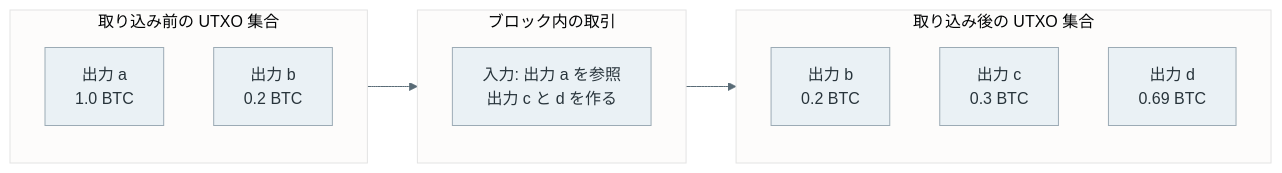
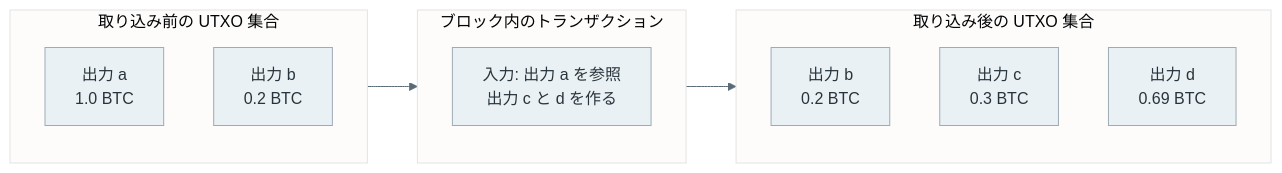
Before and after one commit to nao1215/debimate: the fourth of 4 diagrams in content/notes/blockchain-systems/utxo/index.md, drawn with Mermaid. The commit also changed other lines of this file and 12 other files, not shown here.

````diff
--- a/content/notes/blockchain-systems/utxo/index.md
+++ b/content/notes/blockchain-systems/utxo/index.md
@@ -180,18 +180,18 @@
 ```mermaid
 %%{init: {"theme":"base","themeVariables":{"primaryColor":"#eaf1f5","primaryTextColor":"#28343b","primaryBorderColor":"#9cabb5","lineColor":"#596b76","textColor":"#28343b","actorBkg":"#eaf1f5","actorBorder":"#9cabb5","actorTextColor":"#28343b","actorLineColor":"#9cabb5","signalColor":"#596b76","signalTextColor":"#28343b","noteBkgColor":"#f7f1e5","noteBorderColor":"#c5b99b","noteTextColor":"#403c32","activationBkgColor":"#edf3ef","activationBorderColor":"#9aafa1"}}}%%
 flowchart LR
     subgraph S1["取り込み前の UTXO 集合"]
         A["出力 a<br/>1.0 BTC"]
         B["出力 b<br/>0.2 BTC"]
     end
-    subgraph BLK["ブロック内の取引"]
+    subgraph BLK["ブロック内のトランザクション"]
         T["入力: 出力 a を参照<br/>出力 c と d を作る"]
     end
     subgraph S2["取り込み後の UTXO 集合"]
         B2["出力 b<br/>0.2 BTC"]
         C2["出力 c<br/>0.3 BTC"]
         D2["出力 d<br/>0.69 BTC"]
     end
     S1 --> BLK --> S2
     classDef default fill:#eaf1f5,stroke:#9cabb5,color:#28343b;
 ```
````
